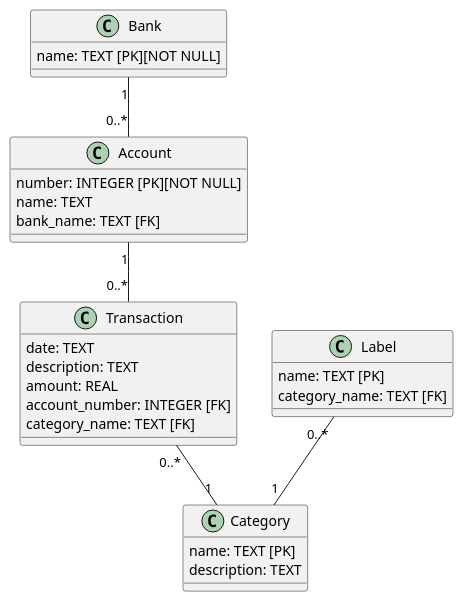
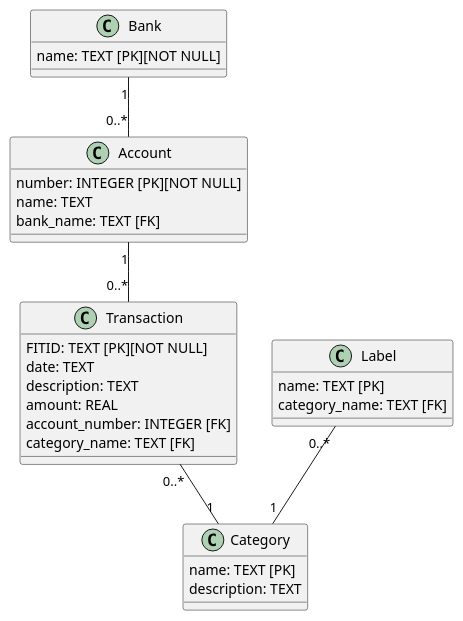
The diagram in source/doc/database_project.class.plantuml (nboutin/buba_engine), drawn with PlantUML before and after one commit. The commit also changed 5 other files, not shown here.

Commit message:
add fitid in table transaction

```diff
--- a/source/doc/database_project.class.plantuml
+++ b/source/doc/database_project.class.plantuml
@@ -1,37 +1,39 @@
 @startuml
 
 class Bank {
 	name: TEXT [PK][NOT NULL]
 }
 
 class Account {
 	number: INTEGER [PK][NOT NULL]
 	name: TEXT
 	bank_name: TEXT [FK]
 }
 
 class Transaction {
+	'Financial Institut Transaction ID
+	FITID: TEXT [PK][NOT NULL]
 	date: TEXT
 	description: TEXT
 	amount: REAL
 	account_number: INTEGER [FK]
 	category_name: TEXT [FK]
 }
 
 class Label {
 	name: TEXT [PK]
 	category_name: TEXT [FK]
 }
 
 class Category {
 	name: TEXT [PK]
 	description: TEXT
 }
 
 
 Bank "1" -- "0..*" Account
 Account "1" -- "0..*" Transaction
 Transaction "0..*" -- "1" Category
 Label "0..*" -- "1" Category
 
 @enduml
```
